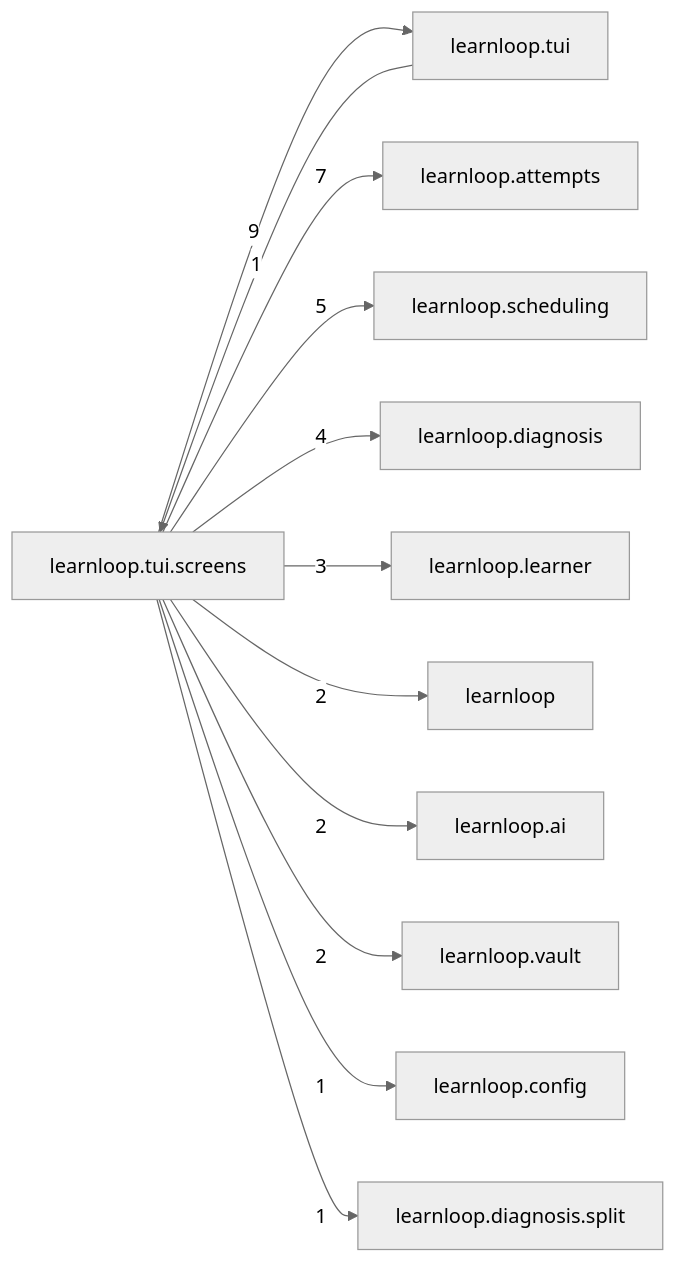
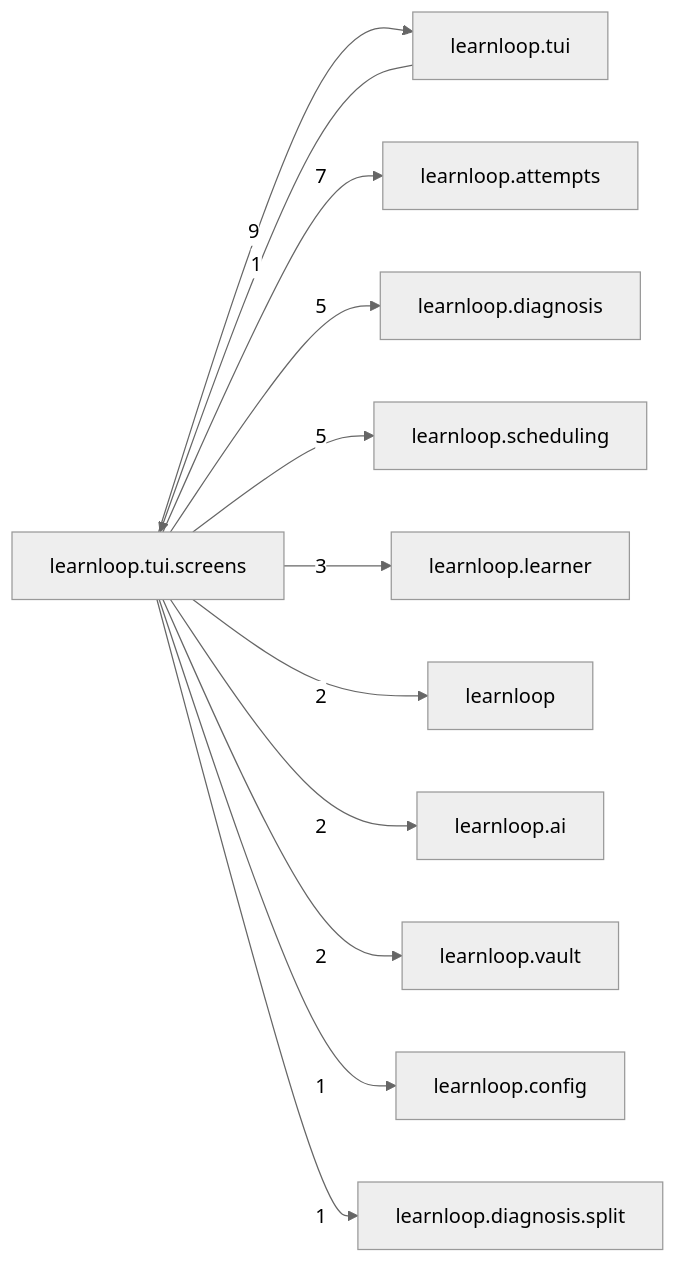
One commit to 6up-b/learnanything changed the diagram in docs/learnloop-architecture-vault/Reference/Modules/learnloop/tui/screens/_package.md. Above: the diagram before and after it, drawn with Mermaid (neutral theme). The commit also changed other lines of this file and 66 other files, not shown here.

````diff
--- a/docs/learnloop-architecture-vault/Reference/Modules/learnloop/tui/screens/_package.md
+++ b/docs/learnloop-architecture-vault/Reference/Modules/learnloop/tui/screens/_package.md
@@ -80,25 +80,25 @@
 ```mermaid
 flowchart LR
     center["learnloop.tui.screens"]
     n_learnloop_tui["learnloop.tui"]
     n_learnloop_attempts["learnloop.attempts"]
+    n_learnloop_diagnosis["learnloop.diagnosis"]
     n_learnloop_scheduling["learnloop.scheduling"]
-    n_learnloop_diagnosis["learnloop.diagnosis"]
     n_learnloop_learner["learnloop.learner"]
     n_learnloop["learnloop"]
     n_learnloop_ai["learnloop.ai"]
     n_learnloop_vault["learnloop.vault"]
     n_learnloop_config["learnloop.config"]
     n_learnloop_diagnosis_split["learnloop.diagnosis.split"]
     n_learnloop_tui -->|1| center
     center -->|9| n_learnloop_tui
     center -->|7| n_learnloop_attempts
+    center -->|5| n_learnloop_diagnosis
     center -->|5| n_learnloop_scheduling
-    center -->|4| n_learnloop_diagnosis
     center -->|3| n_learnloop_learner
     center -->|2| n_learnloop
     center -->|2| n_learnloop_ai
     center -->|2| n_learnloop_vault
     center -->|1| n_learnloop_config
     center -->|1| n_learnloop_diagnosis_split
 ```
````
